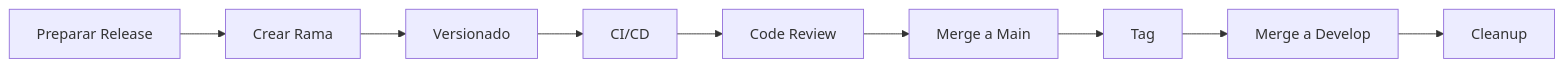
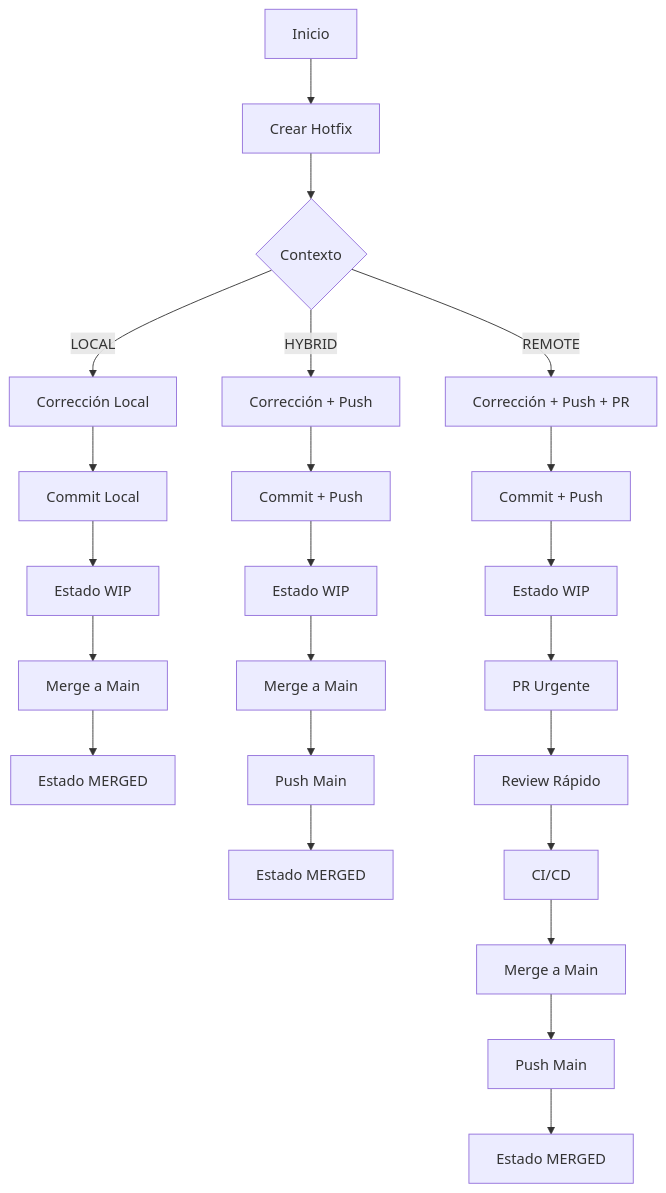
Before and after one commit to maurorosero/bintools: the fifth of 6 diagrams in docs/manual-git-branch-tools.md, drawn with Mermaid. The commit also changed other lines of this file, not shown here.

````diff
--- a/docs/manual-git-branch-tools.md
+++ b/docs/manual-git-branch-tools.md
@@ -396,11 +949,28 @@
 ```mermaid
-graph LR
-    A[Preparar Release] --> B[Crear Rama]
-    B --> C[Versionado]
-    C --> D[CI/CD]
-    D --> E[Code Review]
-    E --> F[Merge a Main]
-    F --> G[Tag]
-    G --> H[Merge a Develop]
-    H --> I[Cleanup]
+graph TD
+    A[Inicio] --> B[Crear Hotfix]
+    B --> C{Contexto}
+    C -->|LOCAL| D[Corrección Local]
+    C -->|HYBRID| E[Corrección + Push]
+    C -->|REMOTE| F[Corrección + Push + PR]
+
+    D --> G[Commit Local]
+    G --> H[Estado WIP]
+    H --> I[Merge a Main]
+    I --> J[Estado MERGED]
+
+    E --> K[Commit + Push]
+    K --> L[Estado WIP]
+    L --> M[Merge a Main]
+    M --> N[Push Main]
+    N --> O[Estado MERGED]
+
+    F --> P[Commit + Push]
+    P --> Q[Estado WIP]
+    Q --> R[PR Urgente]
+    R --> S[Review Rápido]
+    S --> T[CI/CD]
+    T --> U[Merge a Main]
+    U --> V[Push Main]
+    V --> W[Estado MERGED]
 ```
````
